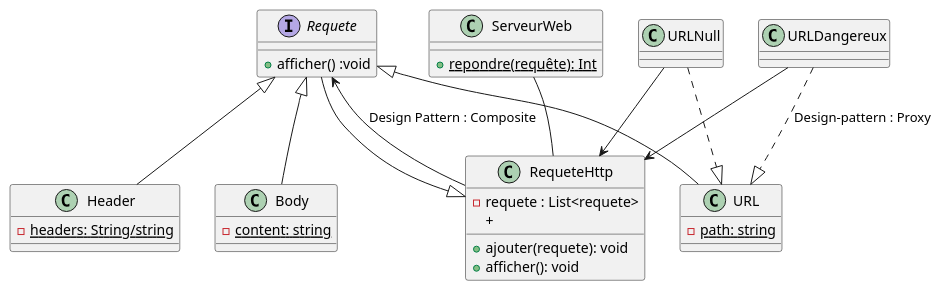
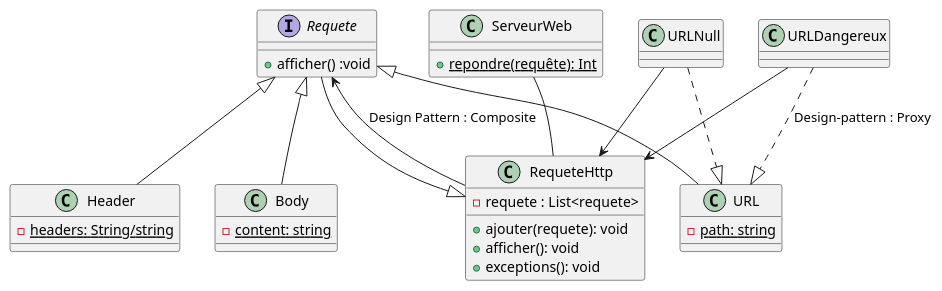
Before and after one commit to JuFer98/TP_Design_Pattern_Serveur: the diagram in src/uml/ServeurWeb.puml, drawn with PlantUML.

```diff
--- a/src/uml/ServeurWeb.puml
+++ b/src/uml/ServeurWeb.puml
@@ -1,37 +1,37 @@
 @startuml ServeurWeb
 interface Requete {
      + afficher() :void   
 }
 class RequeteHttp {
     - requete : List<requete>
     + ajouter(requete): void
     + afficher(): void
-    + 
+    + exceptions(): void 
 }
 
 class URL {
      {static} - path: string
 }
 class Header {
      {static} - headers: String/string
 }
 class Body {
      {static} - content: string
 }
 class ServeurWeb {
      {static} + repondre(requête): Int
 }
 
 ServeurWeb -- RequeteHttp 
 Requete <-- RequeteHttp : Design Pattern : Composite
 RequeteHttp <|-- Requete
 URLDangereux-->RequeteHttp
 URLNull-->RequeteHttp
 Requete <|-- Header
 Requete <|-- Body
 Requete <|-- URL
 
 URLDangereux..|>URL : Design-pattern : Proxy
 URLNull..|>URL
 
 @enduml
```
